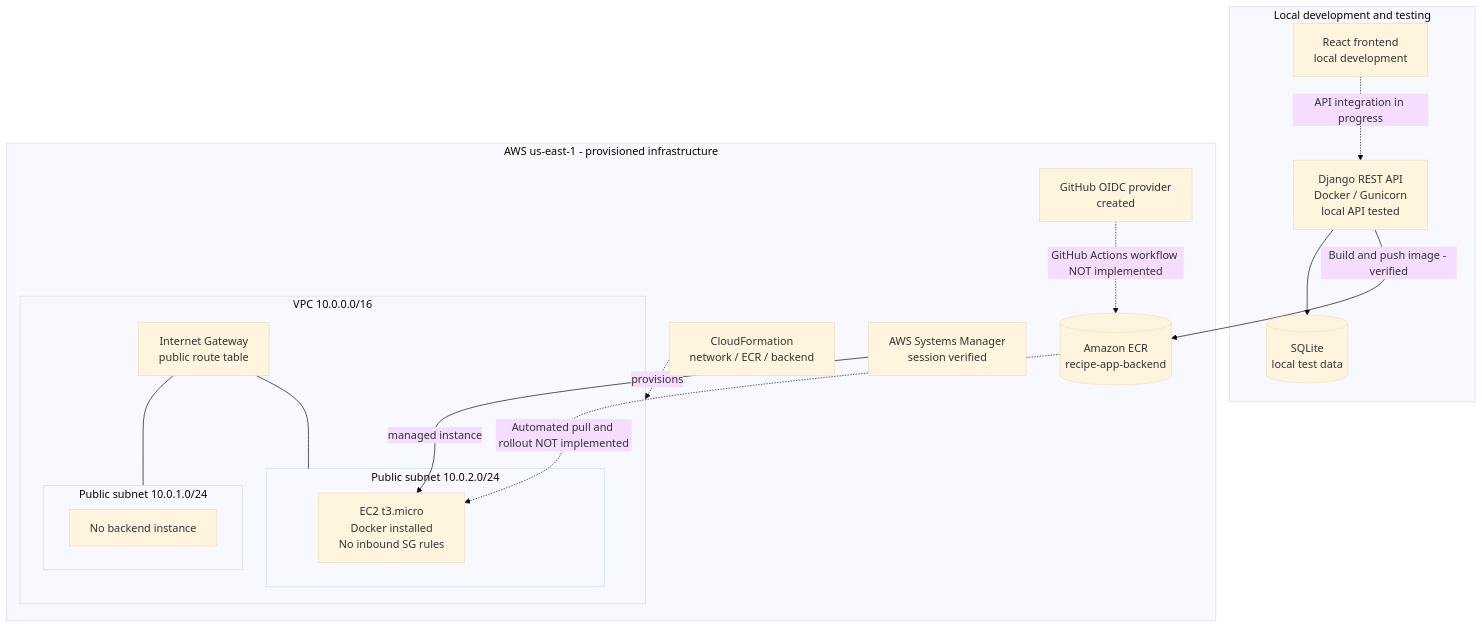
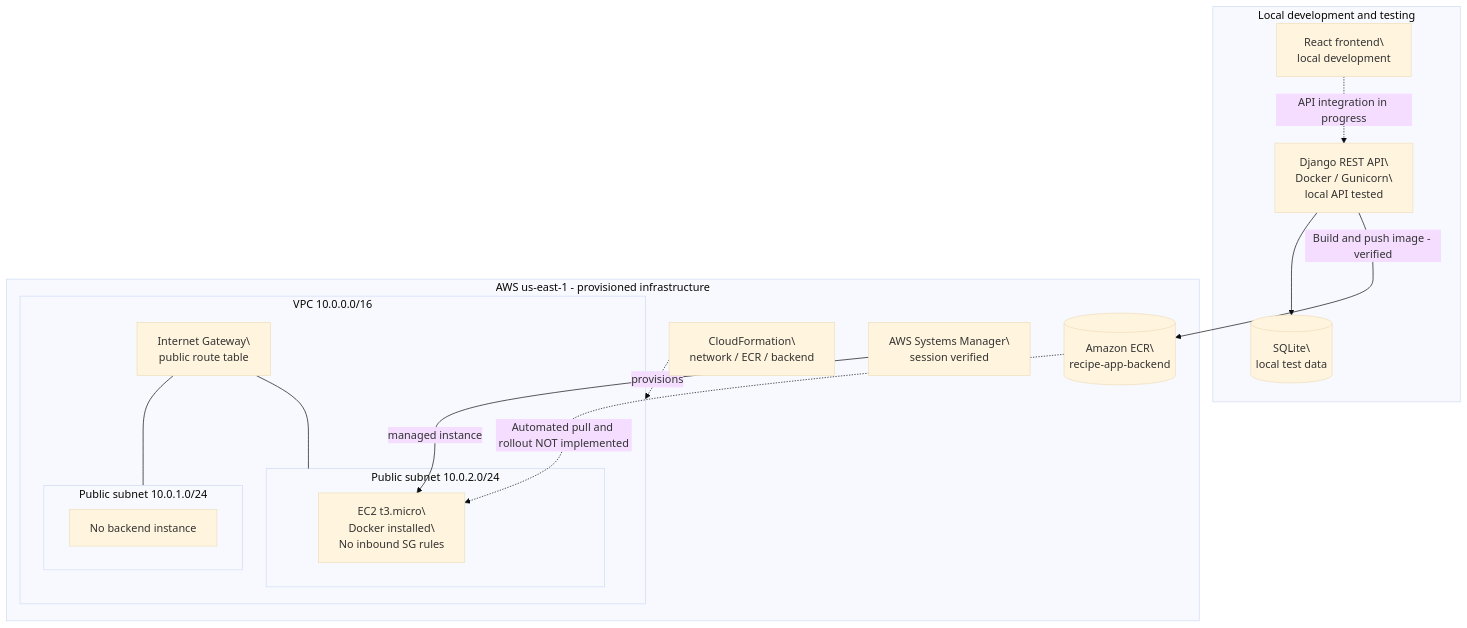
One commit to sophia-dao/cloud_computing_proj changed the second of 4 diagrams in docs/midpoint/PROGRESS.md. Above: the diagram before and after it, drawn with Mermaid (base theme). The commit also changed other lines of this file, not shown here.

````diff
--- a/docs/midpoint/PROGRESS.md
+++ b/docs/midpoint/PROGRESS.md
@@ -91,32 +124,61 @@
 ```mermaid
+
 flowchart TB
+
     subgraph LOCAL[Local development and testing]
-      REACT[React frontend<br/>local development]
-      DJ[Django REST API<br/>Docker / Gunicorn<br/>local API tested]
-      SQL[(SQLite<br/>local test data)]
+
+      REACT[React frontend\<br/>local development]
+
+      DJ[Django REST API\<br/>Docker / Gunicorn\<br/>local API tested]
+
+      SQL[(SQLite\<br/>local test data)]
+
       REACT -.->|API integration in progress| DJ
+
       DJ --> SQL
+
     end
+
     DJ -->|Build and push image - verified| ECR
+
     subgraph AWS[AWS us-east-1 - provisioned infrastructure]
-      ECR[(Amazon ECR<br/>recipe-app-backend)]
-      OIDC[GitHub OIDC provider<br/>created]
-      CF[CloudFormation<br/>network / ECR / backend]
-      SSM[AWS Systems Manager<br/>session verified]
+
+      ECR[(Amazon ECR\<br/>recipe-app-backend)]
+
+
+      CF[CloudFormation\<br/>network / ECR / backend]
+
+      SSM[AWS Systems Manager\<br/>session verified]
+
       subgraph VPC[VPC 10.0.0.0/16]
-        IGW[Internet Gateway<br/>public route table]
+
+        IGW[Internet Gateway\<br/>public route table]
+
         subgraph AZE[Public subnet 10.0.1.0/24]
+
           EMPTY[No backend instance]
+
         end
+
         subgraph AZA[Public subnet 10.0.2.0/24]
-          EC2[EC2 t3.micro<br/>Docker installed<br/>No inbound SG rules]
+
+          EC2[EC2 t3.micro\<br/>Docker installed\<br/>No inbound SG rules]
+
         end
+
         IGW --- AZE
+
         IGW --- AZA
+
       end
+
       SSM -->|managed instance| EC2
+
       CF -.->|provisions| VPC
+
     end
+
     ECR -.->|Automated pull and rollout NOT implemented| EC2
-    OIDC -.->|GitHub Actions workflow NOT implemented| ECR
+
+
 ```
````
